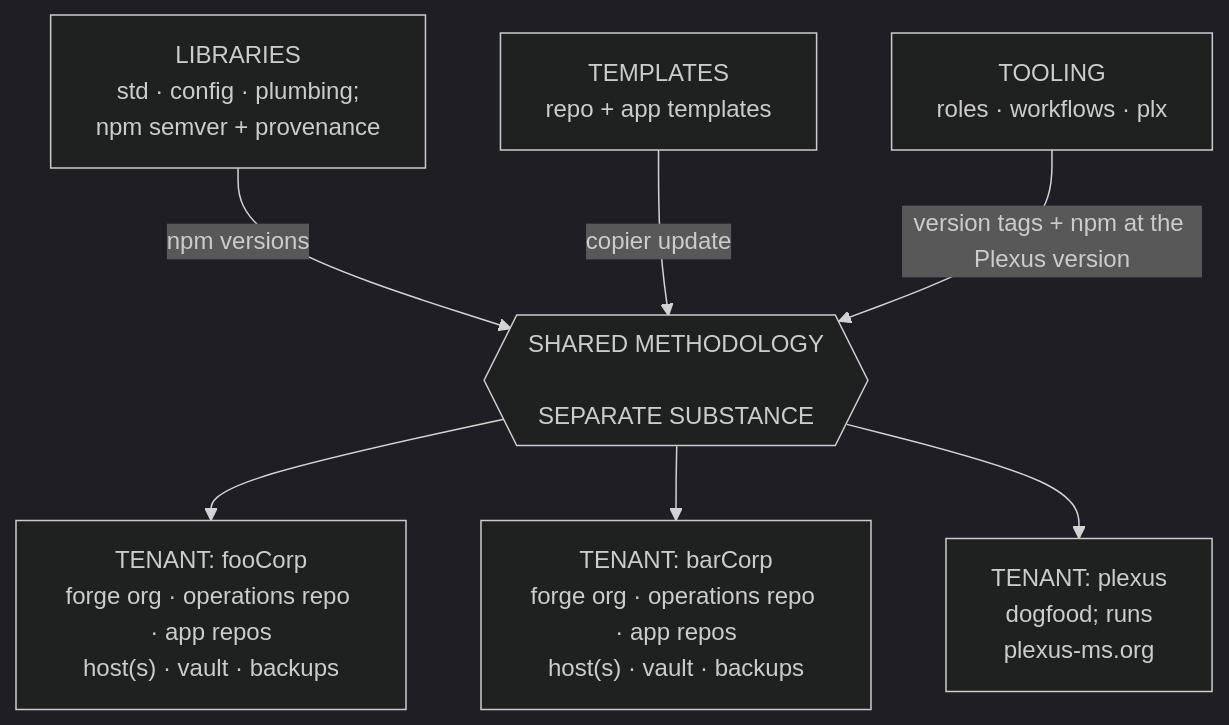
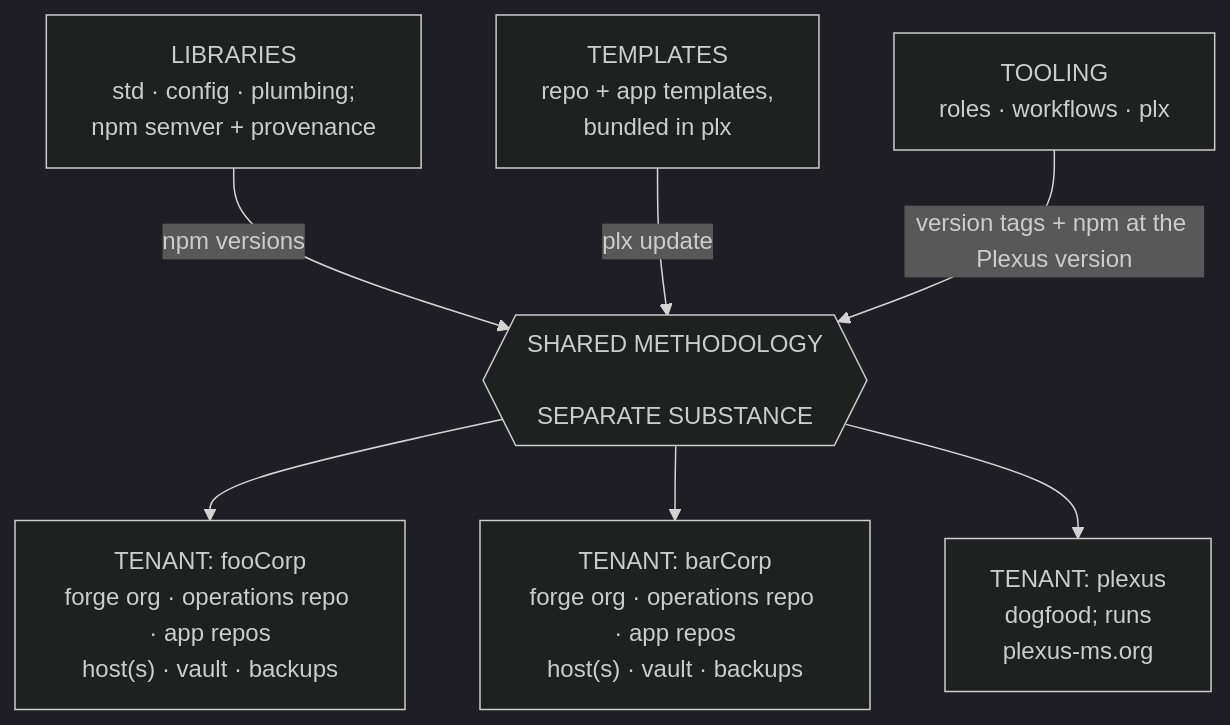
The diagram in essentials/standard.md (plexus-ms/compendium), drawn with Mermaid (dark theme) before and after one commit. The commit also changed other lines of this file, not shown here.

First line of the commit message:
docs: the map, templates in tooling and the marker as configuration

````diff
--- a/essentials/standard.md
+++ b/essentials/standard.md
@@ -248,13 +261,13 @@
 ```mermaid
 flowchart TB
   packages["LIBRARIES<br>std · config · plumbing;<br>npm semver + provenance"]
-  template["TEMPLATES<br>repo + app templates"]
+  template["TEMPLATES<br>repo + app templates,<br>bundled in plx"]
   ops["TOOLING<br>roles · workflows · plx"]
   boundary{{"SHARED METHODOLOGY<br><br>SEPARATE SUBSTANCE"}}
   packages -- "npm versions" --> boundary
-  template -- "copier update" --> boundary
+  template -- "plx update" --> boundary
   ops -- "version tags + npm at the Plexus version" --> boundary
   boundary --> acme["TENANT: fooCorp<br>forge org · operations repo · app repos<br>host(s) · vault · backups"]
   boundary --> initech["TENANT: barCorp<br>forge org · operations repo · app repos<br>host(s) · vault · backups"]
   boundary --> plexus["TENANT: plexus<br>dogfood; runs<br>plexus-ms.org"]
 ```
````
